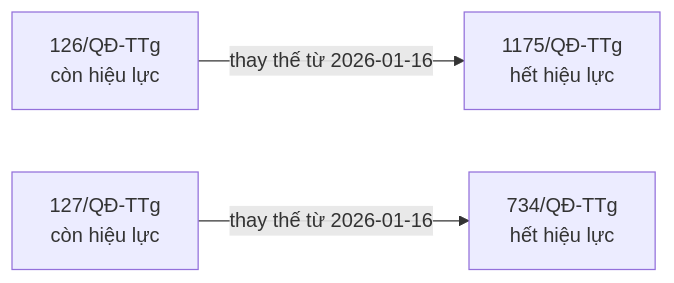
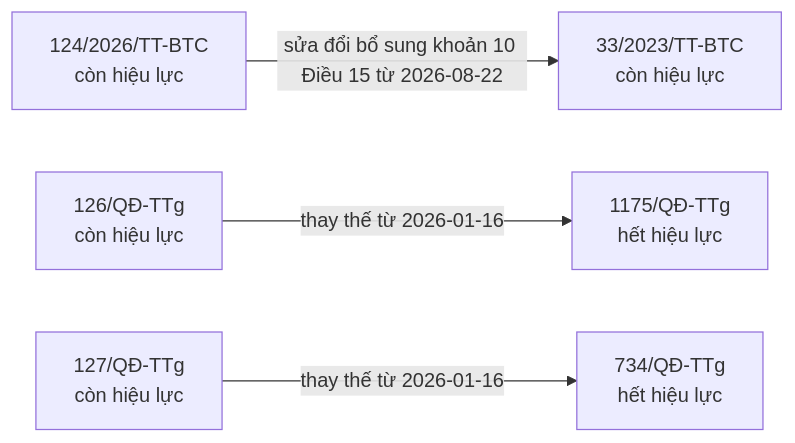
The eighth of 8 diagrams in bao-cao/quan-he.md (ozvietnam/oz-wiki-plhq), drawn with Mermaid before and after one commit. The commit also changed other lines of this file and 4 other files, not shown here.

````diff
--- a/bao-cao/quan-he.md
+++ b/bao-cao/quan-he.md
@@ -186,9 +209,12 @@
 ```mermaid
 flowchart LR
+  n_124_2026_TT_BTC["124/2026/TT-BTC<br/>còn hiệu lực"]
+  n_33_2023_TT_BTC["33/2023/TT-BTC<br/>còn hiệu lực"]
   n_126_Q__TTg["126/QĐ-TTg<br/>còn hiệu lực"]
   n_1175_Q__TTg["1175/QĐ-TTg<br/>hết hiệu lực"]
   n_127_Q__TTg["127/QĐ-TTg<br/>còn hiệu lực"]
   n_734_Q__TTg["734/QĐ-TTg<br/>hết hiệu lực"]
+  n_124_2026_TT_BTC -->|sửa đổi bổ sung khoản 10 Điều 15 từ 2026-08-22| n_33_2023_TT_BTC
   n_126_Q__TTg -->|thay thế từ 2026-01-16| n_1175_Q__TTg
   n_127_Q__TTg -->|thay thế từ 2026-01-16| n_734_Q__TTg
 ```
````
